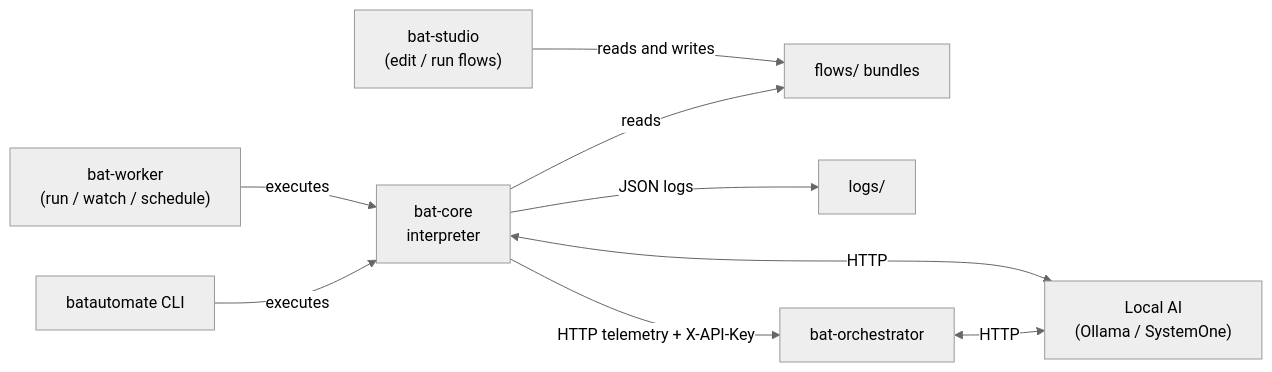
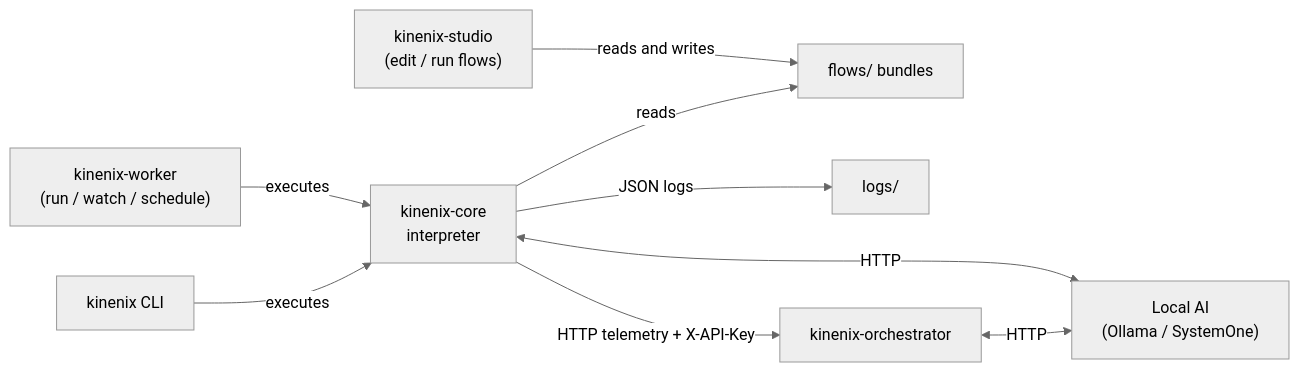
Before and after one commit to arttopix/Kinenix: the first of 3 diagrams in docs/architecture.md, drawn with Mermaid (neutral theme). The commit also changed other lines of this file and 155 other files, not shown here.

First line of the commit message:
refactor: rename project from batautomate to kinenix

````diff
--- a/docs/architecture.md
+++ b/docs/architecture.md
@@ -30,11 +30,11 @@
 ```mermaid
 graph LR
-    Studio["bat-studio<br>(edit / run flows)"] -->|reads and writes| Flows["flows/ bundles"]
-    Worker["bat-worker<br>(run / watch / schedule)"] -->|executes| Core["bat-core<br>interpreter"]
-    CLI["batautomate CLI"] -->|executes| Core
+    Studio["kinenix-studio<br>(edit / run flows)"] -->|reads and writes| Flows["flows/ bundles"]
+    Worker["kinenix-worker<br>(run / watch / schedule)"] -->|executes| Core["kinenix-core<br>interpreter"]
+    CLI["kinenix CLI"] -->|executes| Core
     Core -->|reads| Flows
     Core <-->|HTTP| AI["Local AI<br>(Ollama / SystemOne)"]
     Core -->|JSON logs| Logs["logs/"]
-    Core -->|HTTP telemetry + X-API-Key| Orch["bat-orchestrator"]
+    Core -->|HTTP telemetry + X-API-Key| Orch["kinenix-orchestrator"]
     Orch <-->|HTTP| AI
 ```
````
